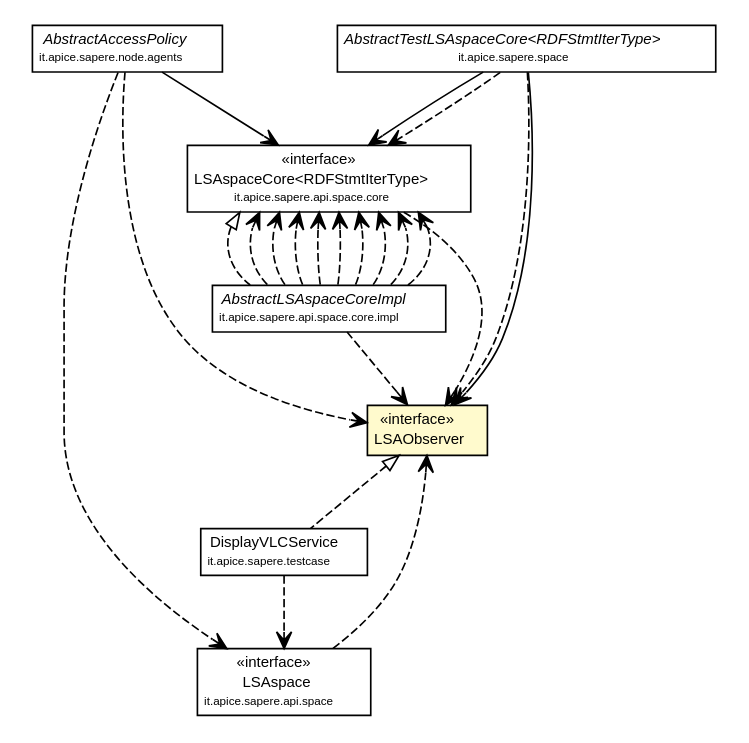
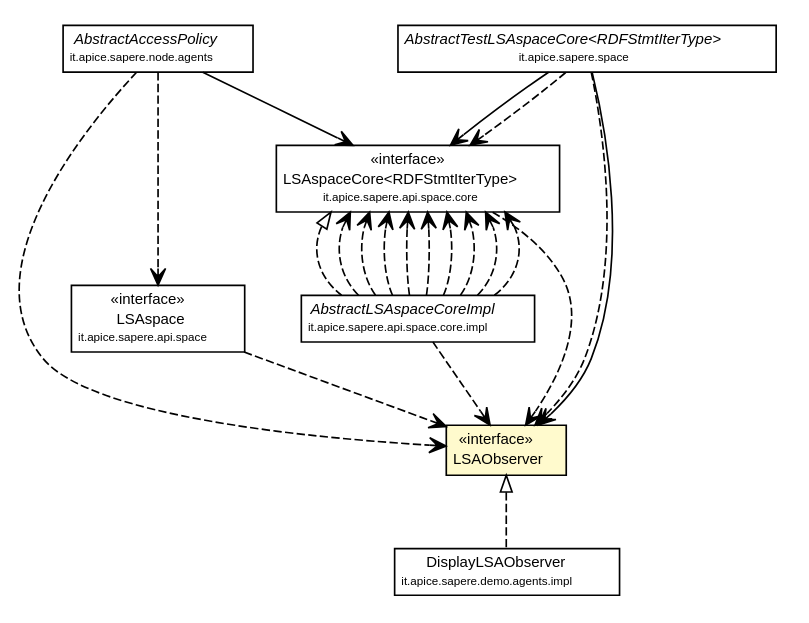
One commit to DanySK/Legacy-Contessi-Thesis-Semantic-Web-SAPERE changed the diagram in deployed-site/apidocs/it/apice/sapere/api/space/observation/LSAObserver.dot. Above: the diagram before and after it, drawn with Graphviz. The commit also changed 2056 other files, not shown here.

Commit message:
SAPERE demo: refinement and debug (syntactic version works, Pellet raises some troubles on semantic part)

```diff
--- a/deployed-site/apidocs/it/apice/sapere/api/space/observation/LSAObserver.dot
+++ b/deployed-site/apidocs/it/apice/sapere/api/space/observation/LSAObserver.dot
@@ -8,7 +8,7 @@
 	edge [fontname="Helvetica",fontsize=10,labelfontname="Helvetica",labelfontsize=10];
 	node [fontname="Helvetica",fontsize=10,shape=plaintext];
 	// it.apice.sapere.api.space.core.LSAspaceCore<RDFStmtIterType>
-	c36549 [label=<<table border="0" cellborder="1" cellspacing="0" cellpadding="2" port="p" href="../core/LSAspaceCore.html">
+	c42891 [label=<<table border="0" cellborder="1" cellspacing="0" cellpadding="2" port="p" href="../core/LSAspaceCore.html">
 		<tr><td><table border="0" cellspacing="0" cellpadding="1">
 			<tr><td> &laquo;interface&raquo; </td></tr>
 			<tr><td> LSAspaceCore&lt;RDFStmtIterType&gt; </td></tr>
@@ -16,7 +16,7 @@
 		</table></td></tr>
 		</table>>, fontname="Helvetica", fontcolor="black", fontsize=9.0];
 	// it.apice.sapere.api.space.LSAspace
-	c36557 [label=<<table border="0" cellborder="1" cellspacing="0" cellpadding="2" port="p" href="../LSAspace.html">
+	c42899 [label=<<table border="0" cellborder="1" cellspacing="0" cellpadding="2" port="p" href="../LSAspace.html">
 		<tr><td><table border="0" cellspacing="0" cellpadding="1">
 			<tr><td> &laquo;interface&raquo; </td></tr>
 			<tr><td> LSAspace </td></tr>
@@ -24,82 +24,80 @@
 		</table></td></tr>
 		</table>>, fontname="Helvetica", fontcolor="black", fontsize=9.0];
 	// it.apice.sapere.api.space.observation.LSAObserver
-	c36566 [label=<<table border="0" cellborder="1" cellspacing="0" cellpadding="2" port="p" bgcolor="lemonChiffon" href="./LSAObserver.html">
+	c42909 [label=<<table border="0" cellborder="1" cellspacing="0" cellpadding="2" port="p" bgcolor="lemonChiffon" href="./LSAObserver.html">
 		<tr><td><table border="0" cellspacing="0" cellpadding="1">
 			<tr><td> &laquo;interface&raquo; </td></tr>
 			<tr><td> LSAObserver </td></tr>
 		</table></td></tr>
 		</table>>, fontname="Helvetica", fontcolor="black", fontsize=9.0];
 	// it.apice.sapere.space.AbstractTestLSAspaceCore<RDFStmtIterType>
-	c36568 [label=<<table border="0" cellborder="1" cellspacing="0" cellpadding="2" port="p" href="../../../space/AbstractTestLSAspaceCore.html">
+	c42911 [label=<<table border="0" cellborder="1" cellspacing="0" cellpadding="2" port="p" href="../../../space/AbstractTestLSAspaceCore.html">
 		<tr><td><table border="0" cellspacing="0" cellpadding="1">
 			<tr><td><font face="Helvetica-Oblique"> AbstractTestLSAspaceCore&lt;RDFStmtIterType&gt; </font></td></tr>
 			<tr><td><font point-size="7.0"> it.apice.sapere.space </font></td></tr>
 		</table></td></tr>
 		</table>>, fontname="Helvetica", fontcolor="black", fontsize=9.0];
 	// it.apice.sapere.api.space.core.impl.AbstractLSAspaceCoreImpl
-	c36632 [label=<<table border="0" cellborder="1" cellspacing="0" cellpadding="2" port="p" href="../core/impl/AbstractLSAspaceCoreImpl.html">
+	c42975 [label=<<table border="0" cellborder="1" cellspacing="0" cellpadding="2" port="p" href="../core/impl/AbstractLSAspaceCoreImpl.html">
 		<tr><td><table border="0" cellspacing="0" cellpadding="1">
 			<tr><td><font face="Helvetica-Oblique"> AbstractLSAspaceCoreImpl </font></td></tr>
 			<tr><td><font point-size="7.0"> it.apice.sapere.api.space.core.impl </font></td></tr>
 		</table></td></tr>
 		</table>>, fontname="Helvetica", fontcolor="black", fontsize=9.0];
 	// it.apice.sapere.node.agents.AbstractAccessPolicy
-	c36664 [label=<<table border="0" cellborder="1" cellspacing="0" cellpadding="2" port="p" href="../../../node/agents/AbstractAccessPolicy.html">
+	c42997 [label=<<table border="0" cellborder="1" cellspacing="0" cellpadding="2" port="p" href="../../../node/agents/AbstractAccessPolicy.html">
 		<tr><td><table border="0" cellspacing="0" cellpadding="1">
 			<tr><td><font face="Helvetica-Oblique"> AbstractAccessPolicy </font></td></tr>
 			<tr><td><font point-size="7.0"> it.apice.sapere.node.agents </font></td></tr>
 		</table></td></tr>
 		</table>>, fontname="Helvetica", fontcolor="black", fontsize=9.0];
-	// it.apice.sapere.testcase.DisplayVLCService
-	c36698 [label=<<table border="0" cellborder="1" cellspacing="0" cellpadding="2" port="p" href="../../../testcase/DisplayVLCService.html">
+	// it.apice.sapere.demo.agents.impl.DisplayLSAObserver
+	c43025 [label=<<table border="0" cellborder="1" cellspacing="0" cellpadding="2" port="p" href="../../../demo/agents/impl/DisplayLSAObserver.html">
 		<tr><td><table border="0" cellspacing="0" cellpadding="1">
-			<tr><td> DisplayVLCService </td></tr>
-			<tr><td><font point-size="7.0"> it.apice.sapere.testcase </font></td></tr>
+			<tr><td> DisplayLSAObserver </td></tr>
+			<tr><td><font point-size="7.0"> it.apice.sapere.demo.agents.impl </font></td></tr>
 		</table></td></tr>
 		</table>>, fontname="Helvetica", fontcolor="black", fontsize=9.0];
 	//it.apice.sapere.api.space.core.impl.AbstractLSAspaceCoreImpl implements it.apice.sapere.api.space.core.LSAspaceCore<RDFStmtIterType>
-	c36549:p -> c36632:p [dir=back,arrowtail=empty,style=dashed];
-	//it.apice.sapere.testcase.DisplayVLCService implements it.apice.sapere.api.space.observation.LSAObserver
-	c36566:p -> c36698:p [dir=back,arrowtail=empty,style=dashed];
+	c42891:p -> c42975:p [dir=back,arrowtail=empty,style=dashed];
+	//it.apice.sapere.demo.agents.impl.DisplayLSAObserver implements it.apice.sapere.api.space.observation.LSAObserver
+	c42909:p -> c43025:p [dir=back,arrowtail=empty,style=dashed];
 	// it.apice.sapere.space.AbstractTestLSAspaceCore<RDFStmtIterType> NAVASSOC it.apice.sapere.api.space.core.LSAspaceCore<RDFStmtIterType>
-	c36568:p -> c36549:p [taillabel="", label="", headlabel="", fontname="Helvetica", fontcolor="black", fontsize=10.0, color="black", arrowhead=open];
+	c42911:p -> c42891:p [taillabel="", label="", headlabel="", fontname="Helvetica", fontcolor="black", fontsize=10.0, color="black", arrowhead=open];
 	// it.apice.sapere.space.AbstractTestLSAspaceCore<RDFStmtIterType> NAVASSOC it.apice.sapere.api.space.observation.LSAObserver
-	c36568:p -> c36566:p [taillabel="", label="", headlabel="", fontname="Helvetica", fontcolor="black", fontsize=10.0, color="black", arrowhead=open];
+	c42911:p -> c42909:p [taillabel="", label="", headlabel="", fontname="Helvetica", fontcolor="black", fontsize=10.0, color="black", arrowhead=open];
 	// it.apice.sapere.node.agents.AbstractAccessPolicy NAVASSOC it.apice.sapere.api.space.core.LSAspaceCore<RDFStmtIterType>
-	c36664:p -> c36549:p [taillabel="", label="", headlabel="", fontname="Helvetica", fontcolor="black", fontsize=10.0, color="black", arrowhead=open];
+	c42997:p -> c42891:p [taillabel="", label="", headlabel="", fontname="Helvetica", fontcolor="black", fontsize=10.0, color="black", arrowhead=open];
 	// it.apice.sapere.api.space.core.LSAspaceCore<RDFStmtIterType> DEPEND it.apice.sapere.api.space.observation.LSAObserver
-	c36549:p -> c36566:p [taillabel="", label="", headlabel="", fontname="Helvetica", fontcolor="black", fontsize=10.0, color="black", arrowhead=open, style=dashed];
+	c42891:p -> c42909:p [taillabel="", label="", headlabel="", fontname="Helvetica", fontcolor="black", fontsize=10.0, color="black", arrowhead=open, style=dashed];
 	// it.apice.sapere.api.space.LSAspace DEPEND it.apice.sapere.api.space.observation.LSAObserver
-	c36557:p -> c36566:p [taillabel="", label="", headlabel="", fontname="Helvetica", fontcolor="black", fontsize=10.0, color="black", arrowhead=open, style=dashed];
+	c42899:p -> c42909:p [taillabel="", label="", headlabel="", fontname="Helvetica", fontcolor="black", fontsize=10.0, color="black", arrowhead=open, style=dashed];
 	// it.apice.sapere.space.AbstractTestLSAspaceCore<RDFStmtIterType> DEPEND it.apice.sapere.api.space.observation.LSAObserver
-	c36568:p -> c36566:p [taillabel="", label="", headlabel="", fontname="Helvetica", fontcolor="black", fontsize=10.0, color="black", arrowhead=open, style=dashed];
+	c42911:p -> c42909:p [taillabel="", label="", headlabel="", fontname="Helvetica", fontcolor="black", fontsize=10.0, color="black", arrowhead=open, style=dashed];
 	// it.apice.sapere.space.AbstractTestLSAspaceCore<RDFStmtIterType> DEPEND it.apice.sapere.api.space.core.LSAspaceCore<RDFStmtIterType>
-	c36568:p -> c36549:p [taillabel="", label="", headlabel="", fontname="Helvetica", fontcolor="black", fontsize=10.0, color="black", arrowhead=open, style=dashed];
+	c42911:p -> c42891:p [taillabel="", label="", headlabel="", fontname="Helvetica", fontcolor="black", fontsize=10.0, color="black", arrowhead=open, style=dashed];
 	// it.apice.sapere.api.space.core.impl.AbstractLSAspaceCoreImpl DEPEND it.apice.sapere.api.space.core.LSAspaceCore<RDFStmtIterType>
-	c36632:p -> c36549:p [taillabel="", label="", headlabel="", fontname="Helvetica", fontcolor="black", fontsize=10.0, color="black", arrowhead=open, style=dashed];
+	c42975:p -> c42891:p [taillabel="", label="", headlabel="", fontname="Helvetica", fontcolor="black", fontsize=10.0, color="black", arrowhead=open, style=dashed];
 	// it.apice.sapere.api.space.core.impl.AbstractLSAspaceCoreImpl DEPEND it.apice.sapere.api.space.core.LSAspaceCore<RDFStmtIterType>
-	c36632:p -> c36549:p [taillabel="", label="", headlabel="", fontname="Helvetica", fontcolor="black", fontsize=10.0, color="black", arrowhead=open, style=dashed];
+	c42975:p -> c42891:p [taillabel="", label="", headlabel="", fontname="Helvetica", fontcolor="black", fontsize=10.0, color="black", arrowhead=open, style=dashed];
 	// it.apice.sapere.api.space.core.impl.AbstractLSAspaceCoreImpl DEPEND it.apice.sapere.api.space.core.LSAspaceCore<RDFStmtIterType>
-	c36632:p -> c36549:p [taillabel="", label="", headlabel="", fontname="Helvetica", fontcolor="black", fontsize=10.0, color="black", arrowhead=open, style=dashed];
+	c42975:p -> c42891:p [taillabel="", label="", headlabel="", fontname="Helvetica", fontcolor="black", fontsize=10.0, color="black", arrowhead=open, style=dashed];
 	// it.apice.sapere.api.space.core.impl.AbstractLSAspaceCoreImpl DEPEND it.apice.sapere.api.space.core.LSAspaceCore<RDFStmtIterType>
-	c36632:p -> c36549:p [taillabel="", label="", headlabel="", fontname="Helvetica", fontcolor="black", fontsize=10.0, color="black", arrowhead=open, style=dashed];
+	c42975:p -> c42891:p [taillabel="", label="", headlabel="", fontname="Helvetica", fontcolor="black", fontsize=10.0, color="black", arrowhead=open, style=dashed];
 	// it.apice.sapere.api.space.core.impl.AbstractLSAspaceCoreImpl DEPEND it.apice.sapere.api.space.core.LSAspaceCore<RDFStmtIterType>
-	c36632:p -> c36549:p [taillabel="", label="", headlabel="", fontname="Helvetica", fontcolor="black", fontsize=10.0, color="black", arrowhead=open, style=dashed];
+	c42975:p -> c42891:p [taillabel="", label="", headlabel="", fontname="Helvetica", fontcolor="black", fontsize=10.0, color="black", arrowhead=open, style=dashed];
+	// it.apice.sapere.api.space.core.impl.AbstractLSAspaceCoreImpl DEPEND it.apice.sapere.api.space.core.LSAspaceCore<RDFStmtIterType>
+	c42975:p -> c42891:p [taillabel="", label="", headlabel="", fontname="Helvetica", fontcolor="black", fontsize=10.0, color="black", arrowhead=open, style=dashed];
 	// it.apice.sapere.api.space.core.impl.AbstractLSAspaceCoreImpl DEPEND it.apice.sapere.api.space.observation.LSAObserver
-	c36632:p -> c36566:p [taillabel="", label="", headlabel="", fontname="Helvetica", fontcolor="black", fontsize=10.0, color="black", arrowhead=open, style=dashed];
+	c42975:p -> c42909:p [taillabel="", label="", headlabel="", fontname="Helvetica", fontcolor="black", fontsize=10.0, color="black", arrowhead=open, style=dashed];
 	// it.apice.sapere.api.space.core.impl.AbstractLSAspaceCoreImpl DEPEND it.apice.sapere.api.space.core.LSAspaceCore<RDFStmtIterType>
-	c36632:p -> c36549:p [taillabel="", label="", headlabel="", fontname="Helvetica", fontcolor="black", fontsize=10.0, color="black", arrowhead=open, style=dashed];
+	c42975:p -> c42891:p [taillabel="", label="", headlabel="", fontname="Helvetica", fontcolor="black", fontsize=10.0, color="black", arrowhead=open, style=dashed];
 	// it.apice.sapere.api.space.core.impl.AbstractLSAspaceCoreImpl DEPEND it.apice.sapere.api.space.core.LSAspaceCore<RDFStmtIterType>
-	c36632:p -> c36549:p [taillabel="", label="", headlabel="", fontname="Helvetica", fontcolor="black", fontsize=10.0, color="black", arrowhead=open, style=dashed];
+	c42975:p -> c42891:p [taillabel="", label="", headlabel="", fontname="Helvetica", fontcolor="black", fontsize=10.0, color="black", arrowhead=open, style=dashed];
 	// it.apice.sapere.api.space.core.impl.AbstractLSAspaceCoreImpl DEPEND it.apice.sapere.api.space.core.LSAspaceCore<RDFStmtIterType>
-	c36632:p -> c36549:p [taillabel="", label="", headlabel="", fontname="Helvetica", fontcolor="black", fontsize=10.0, color="black", arrowhead=open, style=dashed];
-	// it.apice.sapere.api.space.core.impl.AbstractLSAspaceCoreImpl DEPEND it.apice.sapere.api.space.core.LSAspaceCore<RDFStmtIterType>
-	c36632:p -> c36549:p [taillabel="", label="", headlabel="", fontname="Helvetica", fontcolor="black", fontsize=10.0, color="black", arrowhead=open, style=dashed];
+	c42975:p -> c42891:p [taillabel="", label="", headlabel="", fontname="Helvetica", fontcolor="black", fontsize=10.0, color="black", arrowhead=open, style=dashed];
 	// it.apice.sapere.node.agents.AbstractAccessPolicy DEPEND it.apice.sapere.api.space.LSAspace
-	c36664:p -> c36557:p [taillabel="", label="", headlabel="", fontname="Helvetica", fontcolor="black", fontsize=10.0, color="black", arrowhead=open, style=dashed];
+	c42997:p -> c42899:p [taillabel="", label="", headlabel="", fontname="Helvetica", fontcolor="black", fontsize=10.0, color="black", arrowhead=open, style=dashed];
 	// it.apice.sapere.node.agents.AbstractAccessPolicy DEPEND it.apice.sapere.api.space.observation.LSAObserver
-	c36664:p -> c36566:p [taillabel="", label="", headlabel="", fontname="Helvetica", fontcolor="black", fontsize=10.0, color="black", arrowhead=open, style=dashed];
-	// it.apice.sapere.testcase.DisplayVLCService DEPEND it.apice.sapere.api.space.LSAspace
-	c36698:p -> c36557:p [taillabel="", label="", headlabel="", fontname="Helvetica", fontcolor="black", fontsize=10.0, color="black", arrowhead=open, style=dashed];
+	c42997:p -> c42909:p [taillabel="", label="", headlabel="", fontname="Helvetica", fontcolor="black", fontsize=10.0, color="black", arrowhead=open, style=dashed];
 }
```
